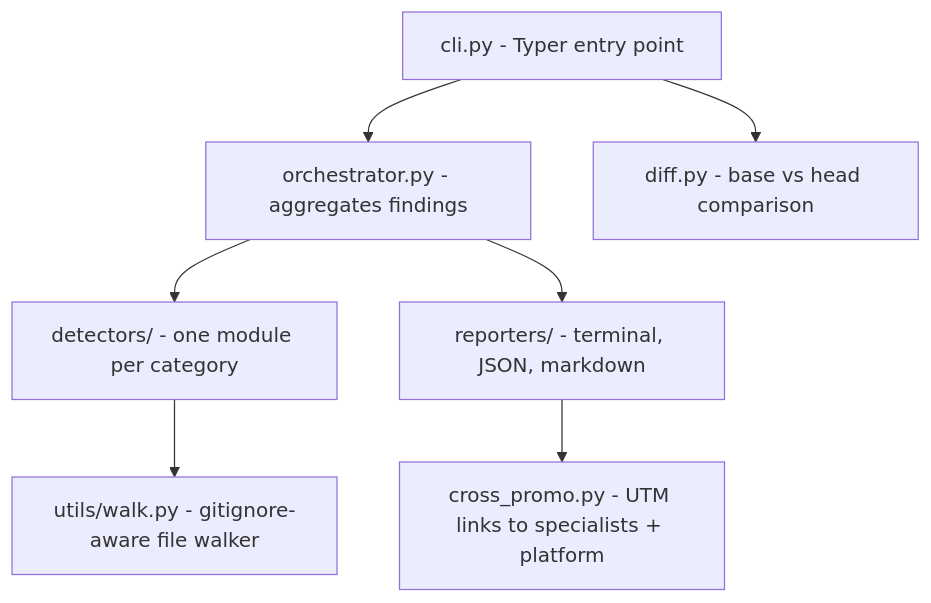
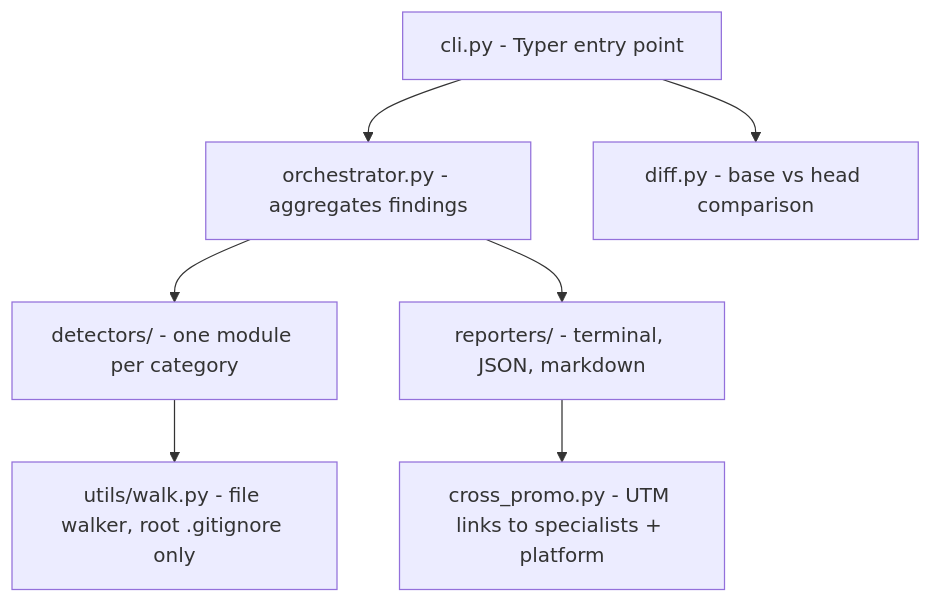
One commit to actions-marketplace-validations/apisec-inc_AI-Surface changed the first of 4 diagrams in docs/ARCHITECTURE.md. Above: the diagram before and after it, drawn with Mermaid. The commit also changed other lines of this file and 31 other files, not shown here.

````diff
--- a/docs/ARCHITECTURE.md
+++ b/docs/ARCHITECTURE.md
@@ -33,17 +33,17 @@
 ```mermaid
 flowchart TB
     CLI[cli.py - Typer entry point]
     Orch[orchestrator.py - aggregates findings]
     Det[detectors/ - one module per category]
     Rep[reporters/ - terminal, JSON, markdown]
     Diff[diff.py - base vs head comparison]
-    Walk[utils/walk.py - gitignore-aware file walker]
+    Walk[utils/walk.py - file walker, root .gitignore only]
     Xpromo[cross_promo.py - UTM links to specialists + platform]
 
     CLI --> Orch
     Orch --> Det
     Det --> Walk
     Orch --> Rep
     CLI --> Diff
     Rep --> Xpromo
 ```
````
